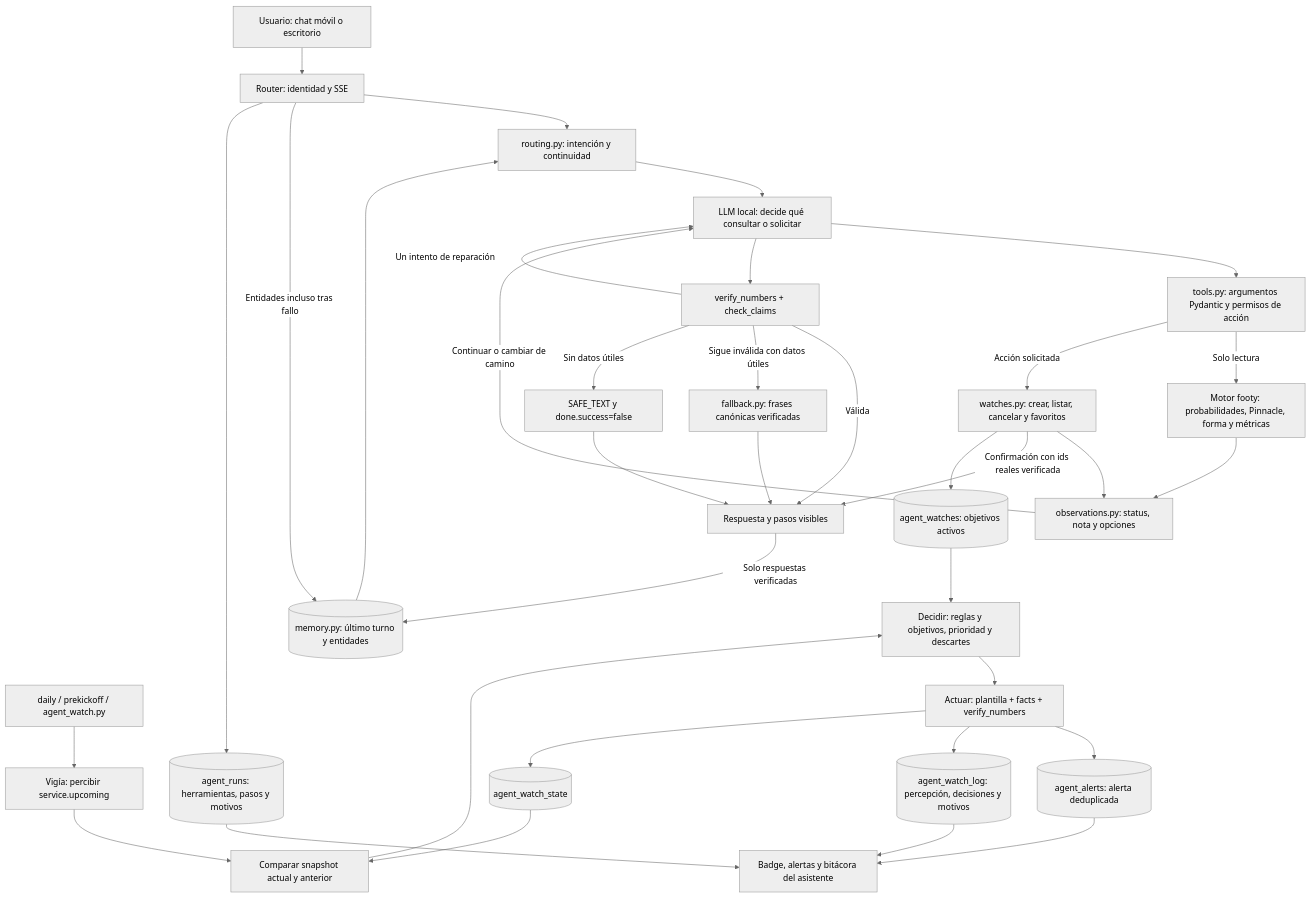
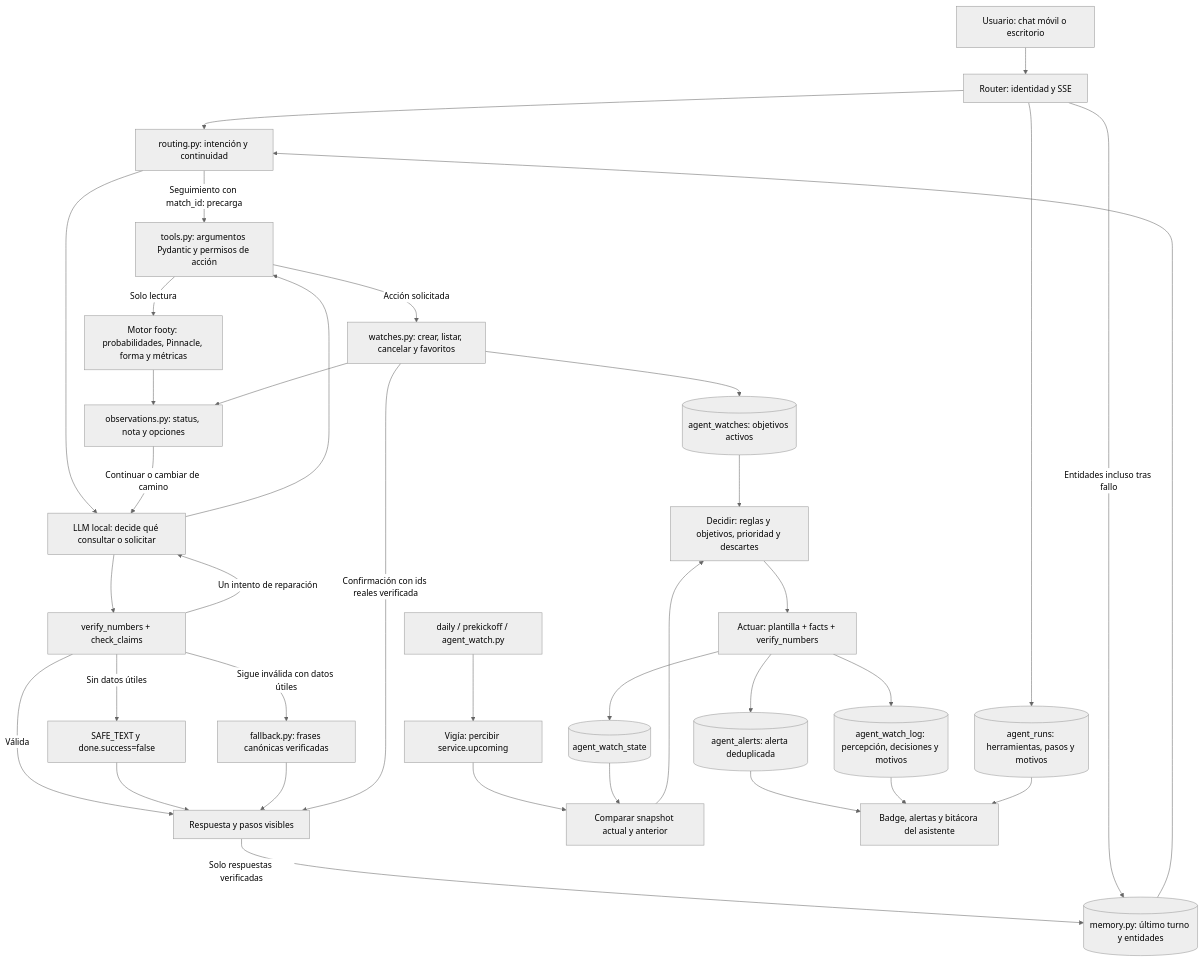
The second of 2 diagrams in docs/arquitectura_agente.md (gustavoespi27/Futbol_ML), drawn with Mermaid (neutral theme) before and after one commit. The commit also changed other lines of this file and 8 other files, not shown here.

````diff
--- a/docs/arquitectura_agente.md
+++ b/docs/arquitectura_agente.md
@@ -20,38 +20,39 @@
 ```mermaid
 flowchart TB
     U[Usuario: chat móvil o escritorio] --> API[Router: identidad y SSE]
     API --> R[routing.py: intención y continuidad]
+    R -->|Seguimiento con match_id: precarga| T
     M[(memory.py: último turno y entidades)] --> R
     R --> L[LLM local: decide qué consultar o solicitar]
     L --> T[tools.py: argumentos Pydantic y permisos de acción]
     T -->|Solo lectura| E[Motor footy: probabilidades, Pinnacle, forma y métricas]
     T -->|Acción solicitada| W[watches.py: crear, listar, cancelar y favoritos]
     E --> O[observations.py: status, nota y opciones]
     W --> O
     O -->|Continuar o cambiar de camino| L
     L --> V[verify_numbers + check_claims]
     V -->|Un intento de reparación| L
     V -->|Válida| OUT[Respuesta y pasos visibles]
     V -->|Sigue inválida con datos útiles| F[fallback.py: frases canónicas verificadas]
     V -->|Sin datos útiles| ERR[SAFE_TEXT y done.success=false]
     ERR --> OUT
     F --> OUT
     W -->|Confirmación con ids reales verificada| OUT
     OUT -->|Solo respuestas verificadas| M
     API -->|Entidades incluso tras fallo| M
     API --> LOG[(agent_runs: herramientas, pasos y motivos)]
 
     JOB[daily / prekickoff / agent_watch.py] --> P[Vigía: percibir service.upcoming]
     P --> C[Comparar snapshot actual y anterior]
     S[(agent_watch_state)] --> C
     C --> D[Decidir: reglas y objetivos, prioridad y descartes]
     W --> OBJ[(agent_watches: objetivos activos)]
     OBJ --> D
     D --> A[Actuar: plantilla + facts + verify_numbers]
     A --> AL[(agent_alerts: alerta deduplicada)]
     A --> WL[(agent_watch_log: percepción, decisiones y motivos)]
     A --> S
     AL --> PANEL[Badge, alertas y bitácora del asistente]
     WL --> PANEL
     LOG --> PANEL
 ```
````
